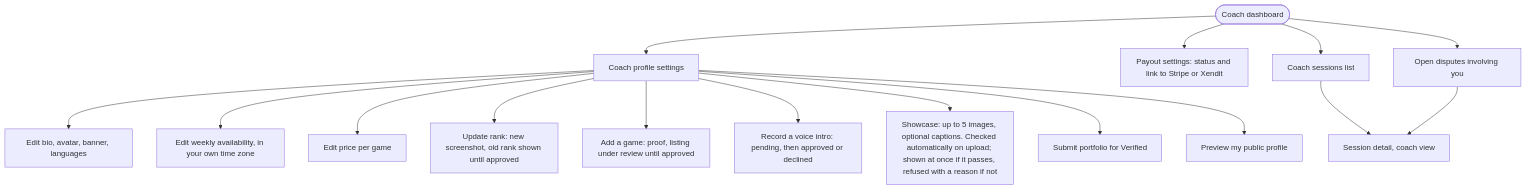
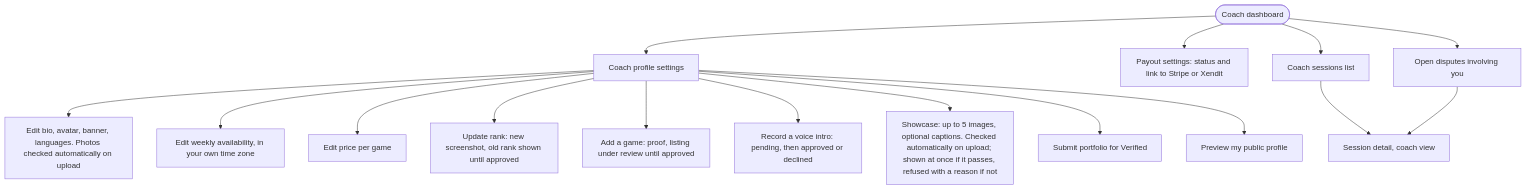
Before and after one commit to ILoveWaterSm/Harbourly-Waitlist-2.0: the ninth of 13 diagrams in design/USER-FLOW.md, drawn with Mermaid. The commit also changed other lines of this file and 4 other files, not shown here.

````diff
--- a/design/USER-FLOW.md
+++ b/design/USER-FLOW.md
@@ -272,18 +272,18 @@
 ```mermaid
 flowchart TD
   CDash(["Coach dashboard"]) --> Settings["Coach profile settings"]
-  Settings --> Bio["Edit bio, avatar, banner, languages"]
+  Settings --> Bio["Edit bio, avatar, banner, languages. Photos checked automatically on upload"]
   Settings --> Avail["Edit weekly availability, in your own time zone"]
   Settings --> Rates["Edit price per game"]
   Settings --> Rank["Update rank: new screenshot, old rank shown until approved"]
   Settings --> AddGame["Add a game: proof, listing under review until approved"]
   Settings --> Voice["Record a voice intro: pending, then approved or declined"]
   Settings --> Showcase["Showcase: up to 5 images, optional captions. Checked automatically on upload; shown at once if it passes, refused with a reason if not"]
   Settings --> Portfolio["Submit portfolio for Verified"]
   Settings --> Preview["Preview my public profile"]
   CDash --> PayoutSet["Payout settings: status and link to Stripe or Xendit"]
   CDash --> CSessions["Coach sessions list"]
   CSessions --> Detail["Session detail, coach view"]
   CDash --> Disputes["Open disputes involving you"]
   Disputes --> Detail
 ```
````
